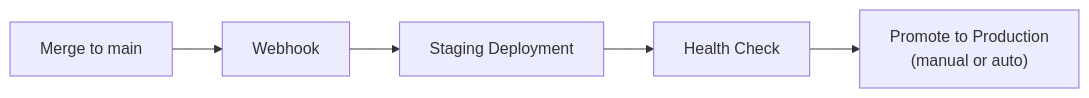
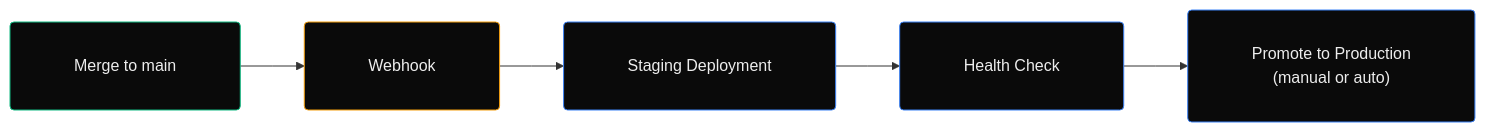
One commit to Mpratyush54/caps-platform changed the second of 2 diagrams in platform/portal/public/docs/getting-started/deploy-your-app.md. Above: the diagram before and after it, drawn with Mermaid. The commit also changed other lines of this file and 8 other files, not shown here.

````diff
--- a/platform/portal/public/docs/getting-started/deploy-your-app.md
+++ b/platform/portal/public/docs/getting-started/deploy-your-app.md
@@ -72,13 +73,18 @@
 ```mermaid
+%%{init: {"flowchart": {"curve": "stepBefore", "padding": 32, "nodeSpacing": 64, "rankSpacing": 64}}}%%
 graph LR
-    Merge["Merge to main"]
-    WH["Webhook"]
-    Staging["Staging Deployment"]
-    Health["Health Check"]
-    Prod["Promote to Production<br/>(manual or auto)"]
+    classDef action fill:#0a0a0a,stroke:#10b981,stroke-width:1px,color:#ededed,rx:4px;
+    classDef external fill:#0a0a0a,stroke:#f59e0b,stroke-width:1px,color:#ededed,rx:4px;
+    classDef platform fill:#0a0a0a,stroke:#3b82f6,stroke-width:1px,color:#ededed,rx:4px;
+
+    Merge["Merge to main"]:::action
+    WH["Webhook"]:::external
+    Staging["Staging Deployment"]:::platform
+    Health["Health Check"]:::platform
+    Prod["Promote to Production<br/>(manual or auto)"]:::platform
 
     Merge --> WH
     WH --> Staging
     Staging --> Health
     Health --> Prod
 ```
````
